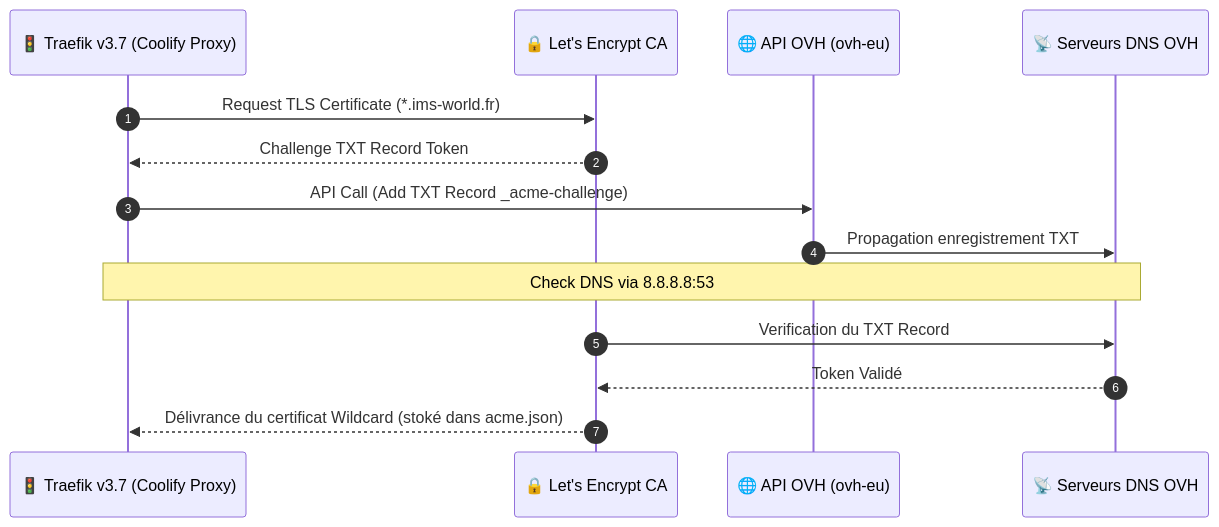
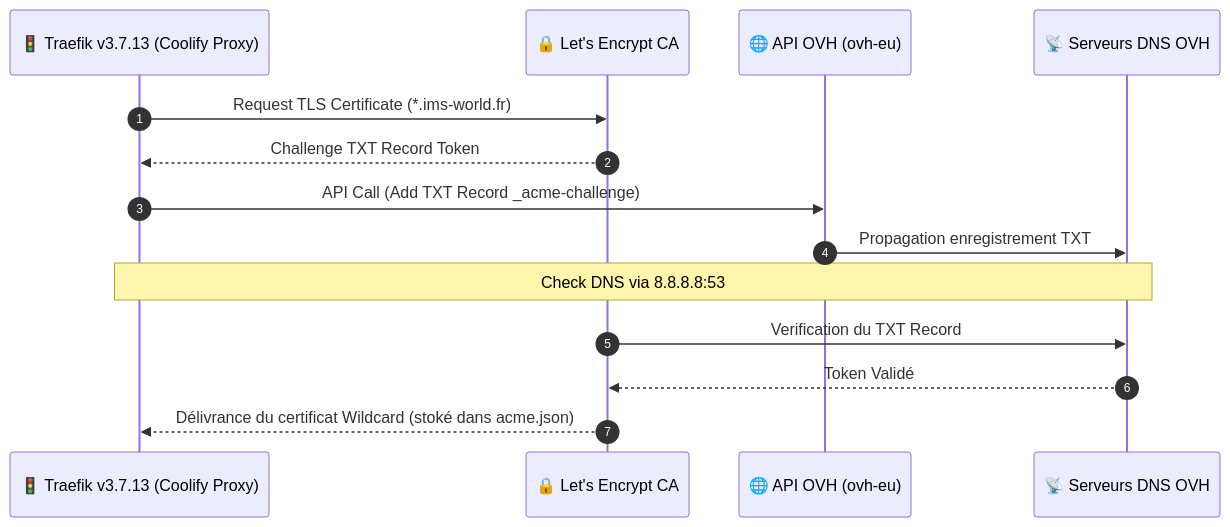
One commit to ims-world/docs changed the first of 3 diagrams in reseau/traefik-proxy.md. Above: the diagram before and after it, drawn with Mermaid. The commit also changed other lines of this file and 1 other file, not shown here.

Commit message:
docs: mise a jour du proxy Coolify Traefik vers v3.7.13

````diff
--- a/reseau/traefik-proxy.md
+++ b/reseau/traefik-proxy.md
@@ -25,17 +27,17 @@
 ```mermaid
 sequenceDiagram
     autonumber
-    participant Traefik as 🚦 Traefik v3.7 (Coolify Proxy)
+    participant Traefik as 🚦 Traefik v3.7.13 (Coolify Proxy)
     participant ACME as 🔒 Let's Encrypt CA
     participant OVH_API as 🌐 API OVH (ovh-eu)
     participant DNS as 📡 Serveurs DNS OVH
 
     Traefik->>ACME: Request TLS Certificate (*.ims-world.fr)
     ACME-->>Traefik: Challenge TXT Record Token
     Traefik->>OVH_API: API Call (Add TXT Record _acme-challenge)
     OVH_API->>DNS: Propagation enregistrement TXT
     Note over Traefik,DNS: Check DNS via 8.8.8.8:53
     ACME->>DNS: Verification du TXT Record
     DNS-->>ACME: Token Validé
     ACME-->>Traefik: Délivrance du certificat Wildcard (stoké dans acme.json)
 ```
````
